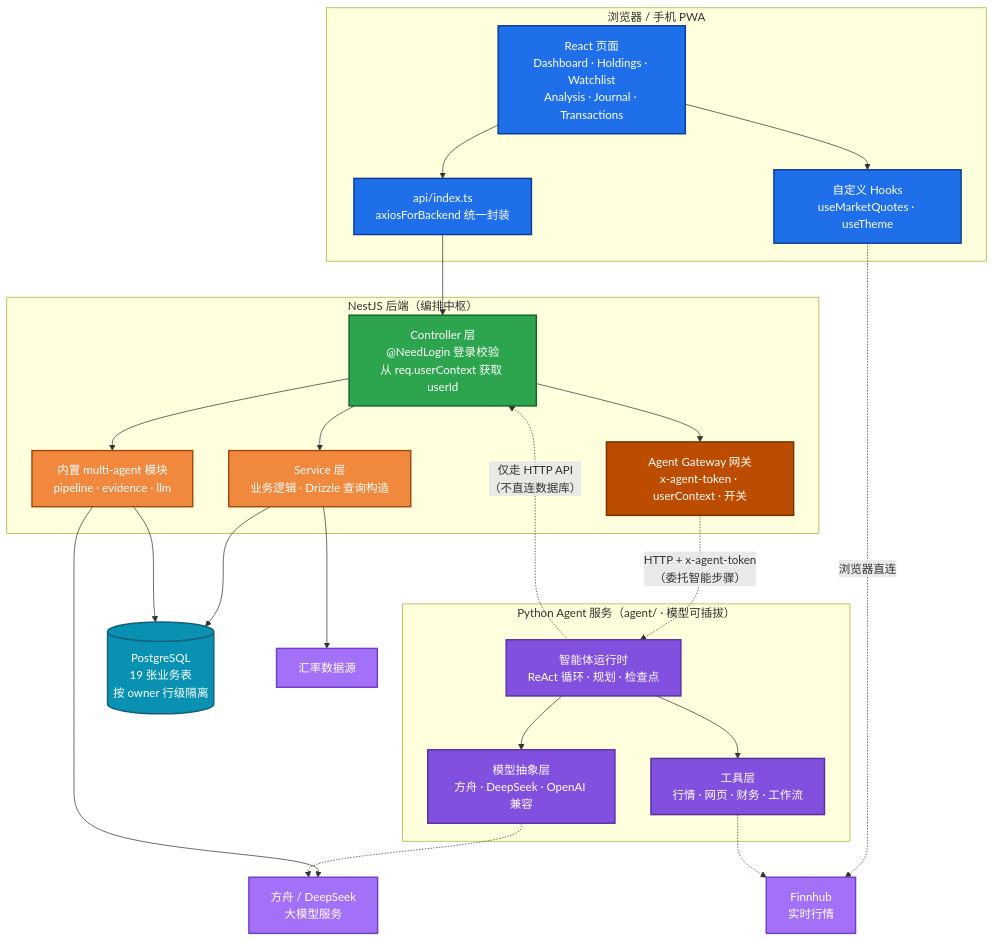
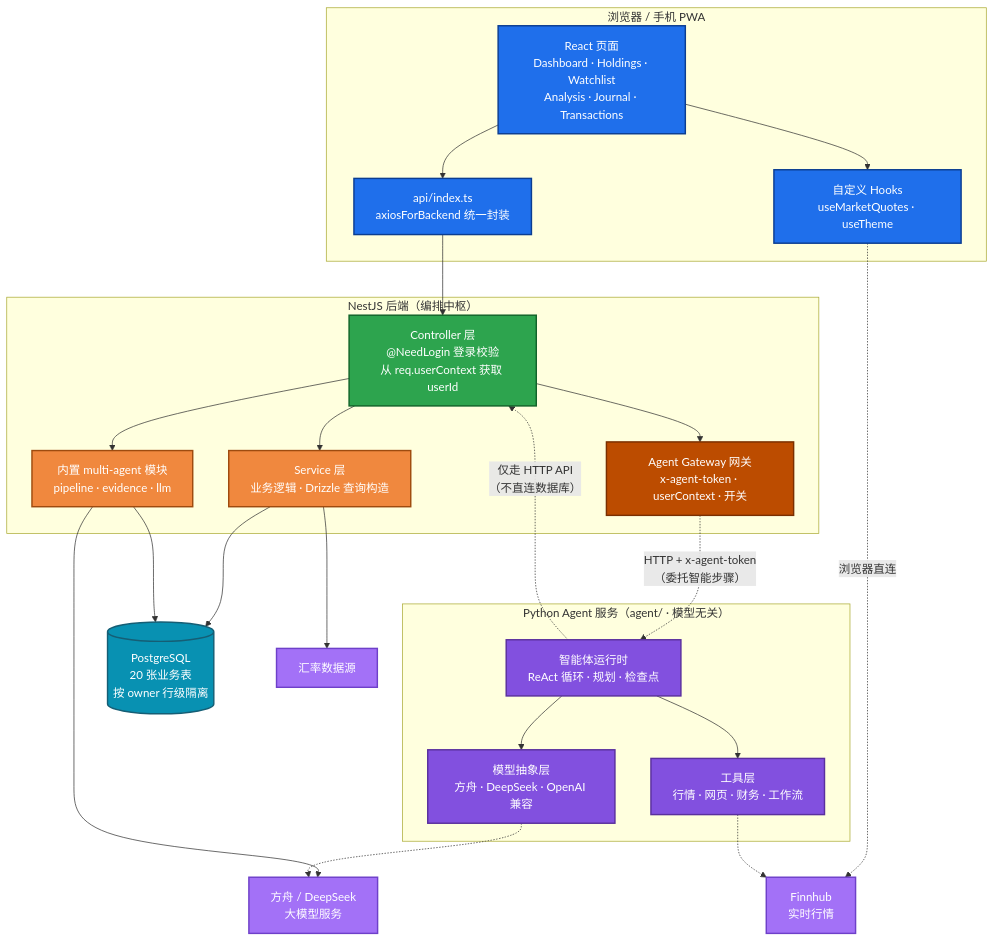
The first of 3 diagrams in README.zh-CN.md (Lueyu/daily-portfolio-analysis), drawn with Mermaid before and after one commit. The commit also changed other lines of this file and 20 other files, not shown here.

First line of the commit message:
feat(local-dev): run full stack offline against local PostgreSQL

````diff
--- a/README.zh-CN.md
+++ b/README.zh-CN.md
@@ -31,52 +31,52 @@
 ```mermaid
 flowchart TB
     subgraph Browser["浏览器 / 手机 PWA"]
         P["React 页面<br/>Dashboard · Holdings · Watchlist<br/>Analysis · Journal · Transactions"]:::fe
         H["自定义 Hooks<br/>useMarketQuotes · useTheme"]:::fe
         AC["api/index.ts<br/>axiosForBackend 统一封装"]:::fe
         P --> AC
         P --> H
     end
 
     subgraph Server["NestJS 后端（编排中枢）"]
         C["Controller 层<br/>@NeedLogin 登录校验<br/>从 req.userContext 获取 userId"]:::ctrl
         S["Service 层<br/>业务逻辑 · Drizzle 查询构造"]:::svc
         MA["内置 multi-agent 模块<br/>pipeline · evidence · llm"]:::svc
         GW["Agent Gateway 网关<br/>x-agent-token · userContext · 开关"]:::gw
         C --> S
         C --> MA
         C --> GW
     end
 
-    subgraph PyAgent["Python Agent 服务（agent/ · 模型可插拔）"]
+    subgraph PyAgent["Python Agent 服务（agent/ · 模型无关）"]
         RT["智能体运行时<br/>ReAct 循环 · 规划 · 检查点"]:::py
         TOOLS["工具层<br/>行情 · 网页 · 财务 · 工作流"]:::py
         MODELS["模型抽象层<br/>方舟 · DeepSeek · OpenAI 兼容"]:::py
         RT --> TOOLS
         RT --> MODELS
     end
 
-    PG[("PostgreSQL<br/>19 张业务表<br/>按 owner 行级隔离")]:::db
+    PG[("PostgreSQL<br/>20 张业务表<br/>按 owner 行级隔离")]:::db
     FH["Finnhub<br/>实时行情"]:::ext
     ARK["方舟 / DeepSeek<br/>大模型服务"]:::ext
     FXEXT["汇率数据源"]:::ext
 
     H -. 浏览器直连 .-> FH
     AC --> C
     S --> PG
     MA --> PG
     MA --> ARK
     S --> FXEXT
     GW -. "HTTP + x-agent-token<br/>（委托智能步骤）" .-> RT
     RT -. "仅走 HTTP API<br/>（不直连数据库）" .-> C
     TOOLS -.-> FH
     MODELS -.-> ARK
 
     classDef fe fill:#1f6feb,stroke:#0b3d91,color:#ffffff,stroke-width:2px
     classDef ctrl fill:#2da44e,stroke:#116329,color:#ffffff,stroke-width:2px
     classDef svc fill:#f0883e,stroke:#9e4b0f,color:#ffffff,stroke-width:2px
     classDef gw fill:#bc4c00,stroke:#7a2f00,color:#ffffff,stroke-width:2px
     classDef py fill:#8250df,stroke:#5a2f9e,color:#ffffff,stroke-width:2px
     classDef db fill:#0891b2,stroke:#155e75,color:#ffffff,stroke-width:2px
     classDef ext fill:#a371f7,stroke:#6e40c9,color:#ffffff,stroke-width:2px
 ```
````
